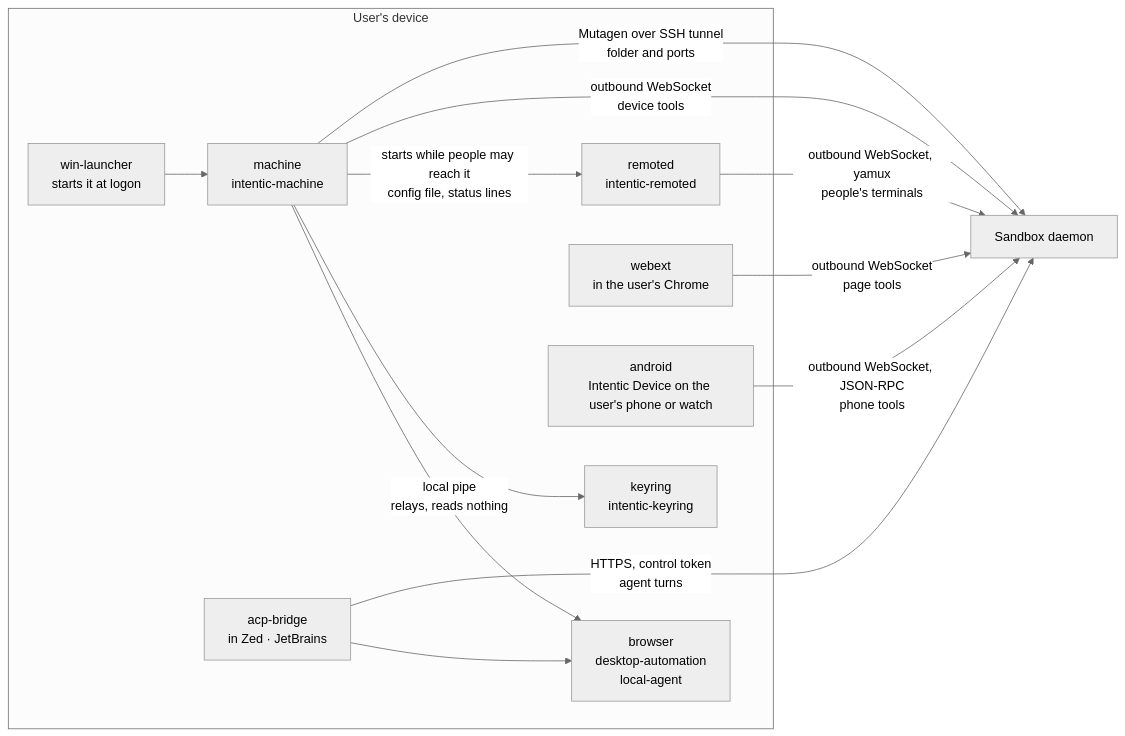
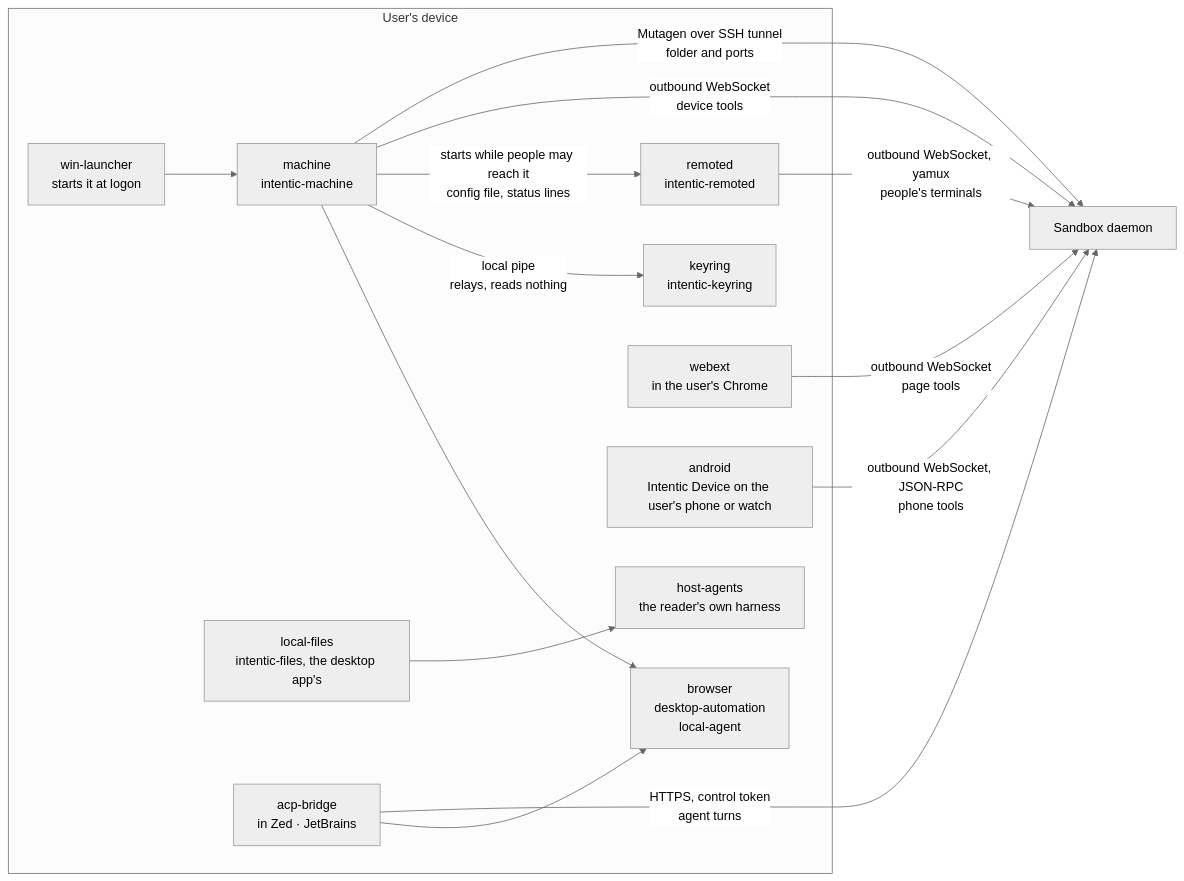
One commit to intentic/intentic changed the diagram in _devices/README.md. Above: the diagram before and after it, drawn with Mermaid (neutral theme). The commit also changed other lines of this file and 155 other files, not shown here.

First line of the commit message:
feat(agent): add host-agents package and acp-events for running agents on this computer

````diff
--- a/_devices/README.md
+++ b/_devices/README.md
@@ -5,18 +5,19 @@
 ```mermaid
 flowchart LR
     subgraph device["User's device"]
         launch["win-launcher<br/>starts it at logon"] --> machine["machine<br/>intentic-machine"]
         machine --> libs["browser<br/>desktop-automation<br/>local-agent"]
+        files["local-files<br/>intentic-files, the desktop app's"] --> host["host-agents<br/>the reader's own harness"]
         machine -->|"local pipe<br/>relays, reads nothing"| keyring["keyring<br/>intentic-keyring"]
         machine -->|"starts while people may reach it<br/>config file, status lines"| remoted["remoted<br/>intentic-remoted"]
         acp["acp-bridge<br/>in Zed · JetBrains"] --> libs
         webext["webext<br/>in the user's Chrome"]
         android["android<br/>Intentic Device on the user's phone or watch"]
     end
     machine -->|"outbound WebSocket<br/>device tools"| daemon["Sandbox daemon"]
     machine -->|"Mutagen over SSH tunnel<br/>folder and ports"| daemon
     remoted -->|"outbound WebSocket, yamux<br/>people's terminals"| daemon
     webext -->|"outbound WebSocket<br/>page tools"| daemon
     acp -->|"HTTPS, control token<br/>agent turns"| daemon
     android -->|"outbound WebSocket, JSON-RPC<br/>phone tools"| daemon
 ```
````
